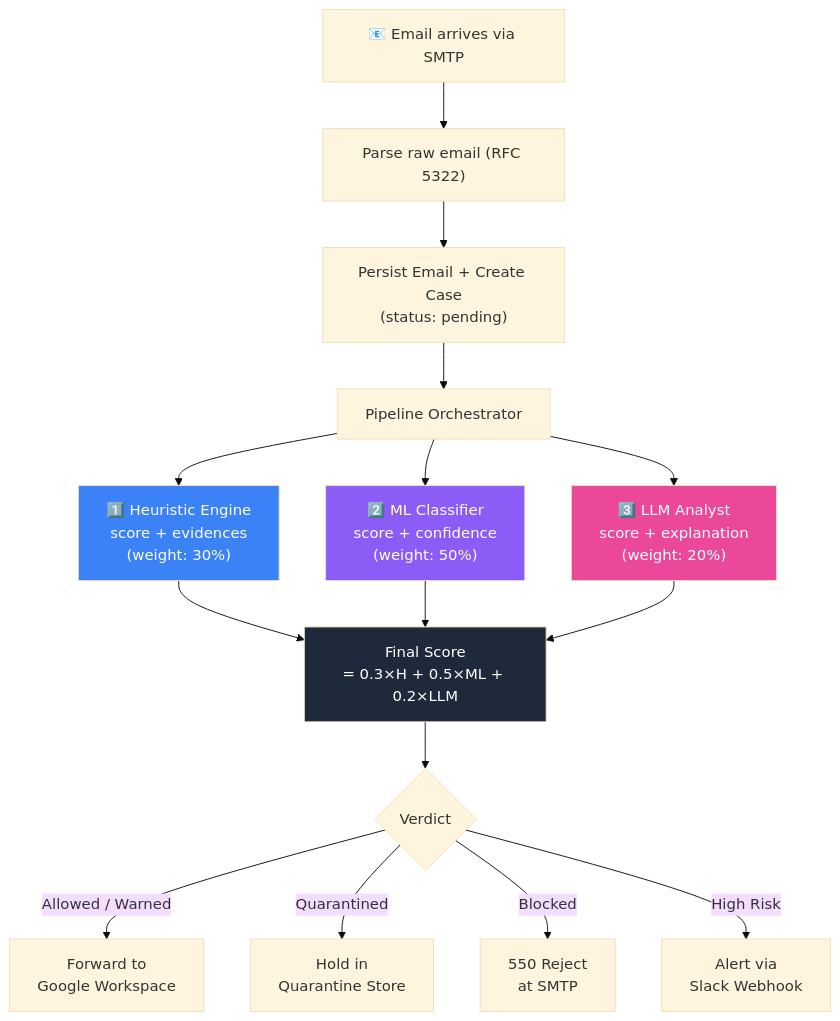
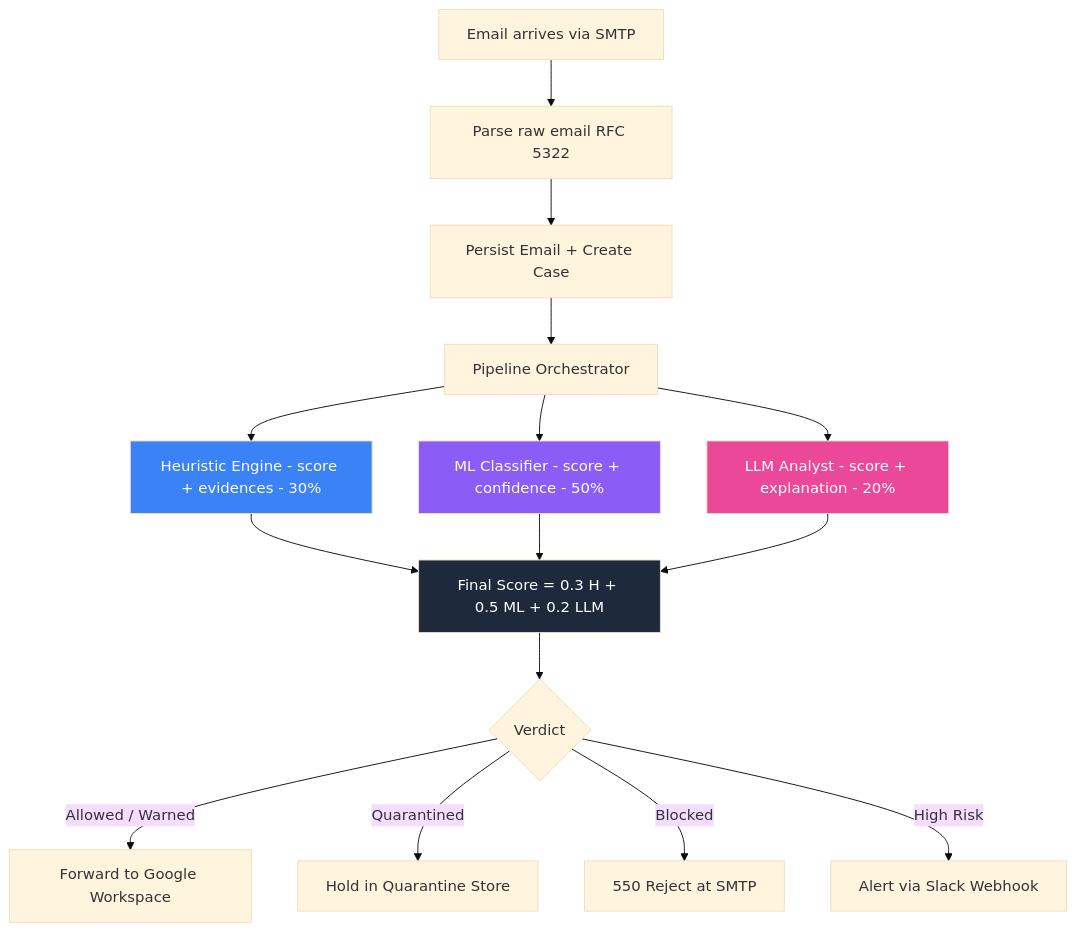
The third of 7 diagrams in docs/ARCHITECTURE.md (sogliano/guardia), drawn with Mermaid (base theme) before and after one commit. The commit also changed other lines of this file and 2 other files, not shown here.

````diff
--- a/docs/ARCHITECTURE.md
+++ b/docs/ARCHITECTURE.md
@@ -120,25 +120,25 @@
 ```mermaid
 flowchart TD
-    A["📧 Email arrives via SMTP"] --> B["Parse raw email (RFC 5322)"]
-    B --> C["Persist Email + Create Case\n(status: pending)"]
+    A["Email arrives via SMTP"] --> B["Parse raw email RFC 5322"]
+    B --> C["Persist Email + Create Case"]
     C --> D["Pipeline Orchestrator"]
 
-    D --> E["1️⃣ Heuristic Engine\nscore + evidences\n(weight: 30%)"]
-    D --> F["2️⃣ ML Classifier\nscore + confidence\n(weight: 50%)"]
-    D --> G["3️⃣ LLM Analyst\nscore + explanation\n(weight: 20%)"]
+    D --> E["Heuristic Engine - score + evidences - 30%"]
+    D --> F["ML Classifier - score + confidence - 50%"]
+    D --> G["LLM Analyst - score + explanation - 20%"]
 
-    E --> H["Final Score\n= 0.3×H + 0.5×ML + 0.2×LLM"]
+    E --> H["Final Score = 0.3 H + 0.5 ML + 0.2 LLM"]
     F --> H
     G --> H
 
     H --> I{"Verdict"}
-    I -->|"Allowed / Warned"| J["Forward to\nGoogle Workspace"]
-    I -->|"Quarantined"| K["Hold in\nQuarantine Store"]
-    I -->|"Blocked"| L["550 Reject\nat SMTP"]
-    I -->|"High Risk"| M["Alert via\nSlack Webhook"]
+    I -->|"Allowed / Warned"| J["Forward to Google Workspace"]
+    I -->|"Quarantined"| K["Hold in Quarantine Store"]
+    I -->|"Blocked"| L["550 Reject at SMTP"]
+    I -->|"High Risk"| M["Alert via Slack Webhook"]
 
     style E fill:#3b82f6,color:#fff
     style F fill:#8b5cf6,color:#fff
     style G fill:#ec4899,color:#fff
     style H fill:#1e293b,color:#fff
 ```
````
